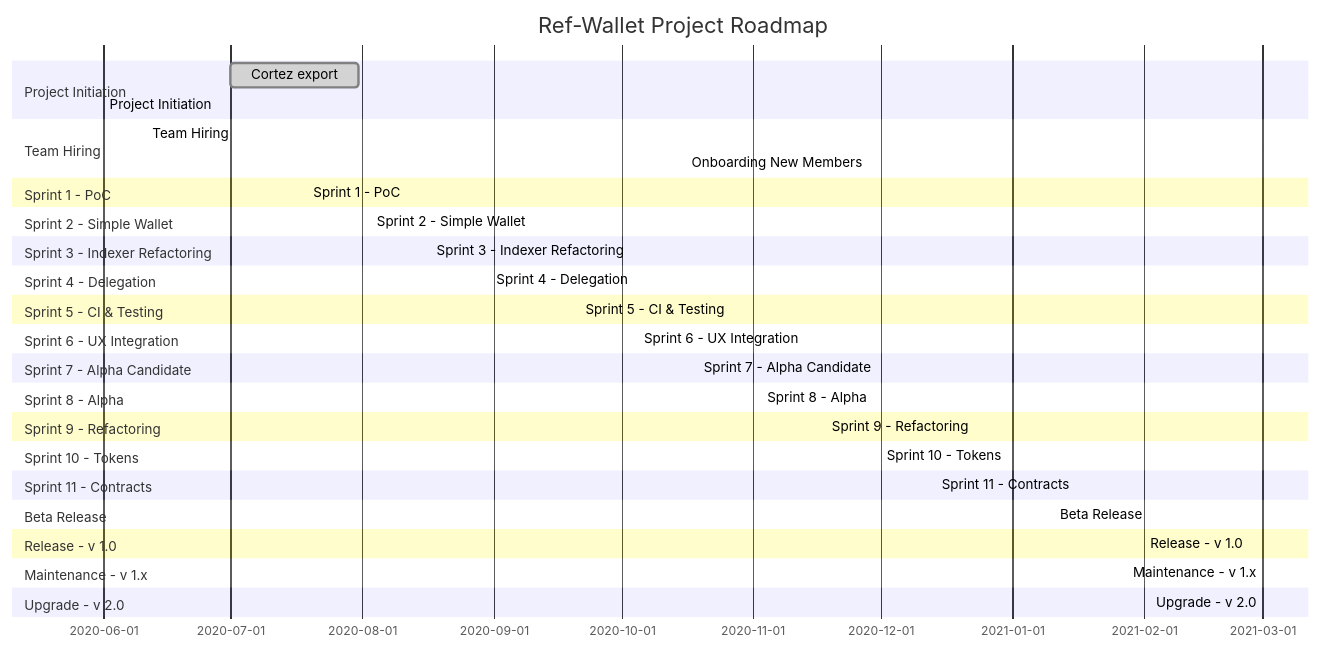
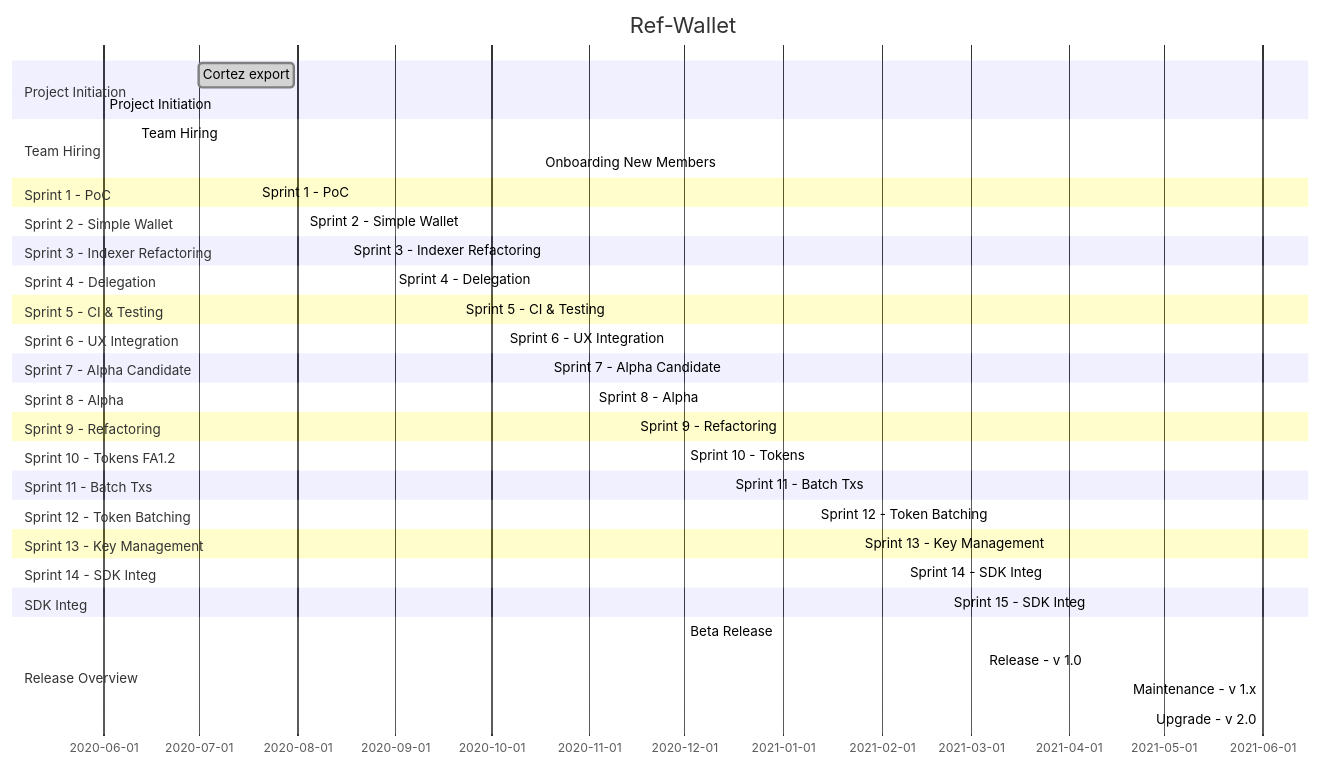
The diagram in docs/operative/project_plan.md (trilitech/umami-v1), drawn with Mermaid before and after one commit.

````diff
--- a/docs/operative/project_plan.md
+++ b/docs/operative/project_plan.md
@@ -35,40 +35,45 @@
 ```mermaid
 gantt
-    title Ref-Wallet Project Roadmap
+    title Ref-Wallet
     section Project Initiation
     Cortez export                                     :done  , 2020-07-01 , 30d
     Project Initiation                                :done  , 2020-06-01, 2020-07-13
     section Team Hiring
     Team Hiring                                       :done  , 2020-06-11, 2020-09-01
     Onboarding New Members                            :done  , 2020-10-16, 2020-11-01
     section Sprint 1 - PoC
     Sprint 1 - PoC                                    :done  , 2020-07-19, 2020-07-31
     section Sprint 2 - Simple Wallet
     Sprint 2 - Simple Wallet                          :done  , 2020-08-03, 2020-08-14
     section Sprint 3 - Indexer Refactoring
     Sprint 3 - Indexer Refactoring                    :done  , 2020-08-17, 2020-08-28
     section Sprint 4 - Delegation
     Sprint 4 - Delegation                             :done  , 2020-08-31, 2020-09-18
     section Sprint 5 - CI & Testing
     Sprint 5 - CI & Testing                           :done  , 2020-09-21, 2020-10-02
     section Sprint 6 - UX Integration
     Sprint 6 - UX Integration                         :done  , 2020-10-05, 2020-10-16
     section Sprint 7 - Alpha Candidate
     Sprint 7 - Alpha Candidate                        :done  , 2020-10-19, 2020-10-30
     section Sprint 8 - Alpha
-    Sprint 8 - Alpha                                  :done, 2020-11-03, 2020-11-15
+    Sprint 8 - Alpha                                  :done  , 2020-11-02, 2020-11-13
     section Sprint 9 - Refactoring
-    Sprint 9 - Refactoring                            :done, 2020-11-18, 2020-11-30
-    section Sprint 10 - Tokens
-    Sprint 10 - Tokens                                :done, 2020-12-01, 2020-12-11
-    section Sprint 11 - Contracts
-    Sprint 11 - Contracts                             :active, 2020-12-14, 2021-01-08
-    section Beta Release
-    Beta Release                                      :active, 2021-01-11, 2021-02-01
-    section Release - v 1.0
-    Release - v 1.0                                   :active, 2021-02-01, 2021-03-01
-    section Maintenance - v 1.x
-    Maintenance - v 1.x                               :active, 2021-03-01, 2021-06-01
-    section Upgrade - v 2.0
-    Upgrade - v 2.0                                   :active, 2021-03-01, 2021-06-01
+    Sprint 9 - Refactoring                            :done  , 2020-11-15, 2020-11-27
+    section Sprint 10 - Tokens FA1.2
+    Sprint 10 - Tokens                                :done  , 2020-12-01, 2020-12-11
+    section Sprint 11 - Batch Txs
+    Sprint 11 - Batch Txs                             :done  , 2020-12-15, 2021-01-08
+    section Sprint 12 - Token Batching
+    Sprint 12 - Token Batching                        :done  , 2021-01-11, 2021-01-22
+    section Sprint 13 - Key Management
+    Sprint 13 - Key Management                        :done  , 2021-01-25, 2021-02-05
+    section Sprint 14 - SDK Integ
+    Sprint 14 - SDK Integ                             :done  , 2021-02-08, 2021-02-19
+    section SDK Integ
+    Sprint 15 - SDK Integ                             :active, 2021-02-22, 2021-03-05
+    section Release Overview
+    Beta Release                                      :active, 2020-12-01, 2021-03-05
+    Release - v 1.0                                   :active, 2021-03-05, 2021-06-01
+    Maintenance - v 1.x                               :active, 2021-06-01, 2021-09-01
+    Upgrade - v 2.0                                   :active, 2021-06-01, 2021-09-01
 ```
````
